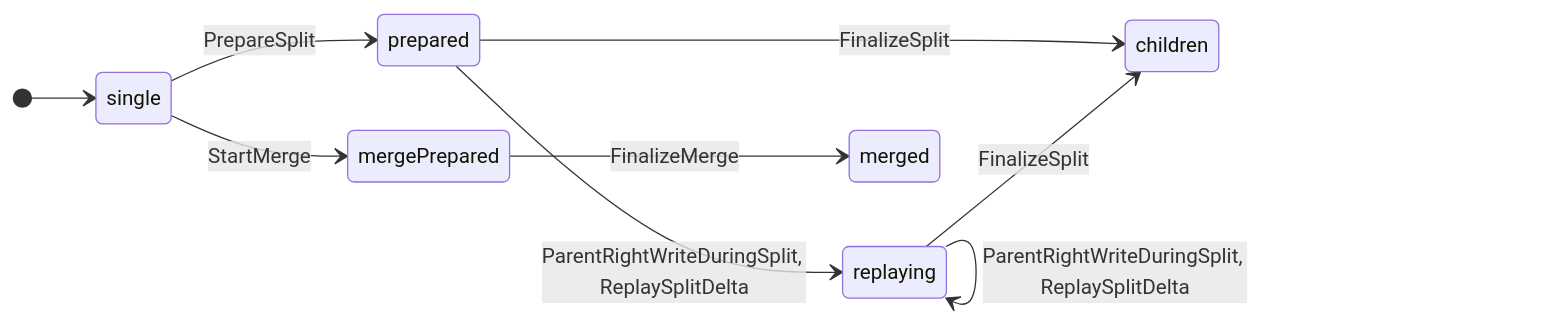
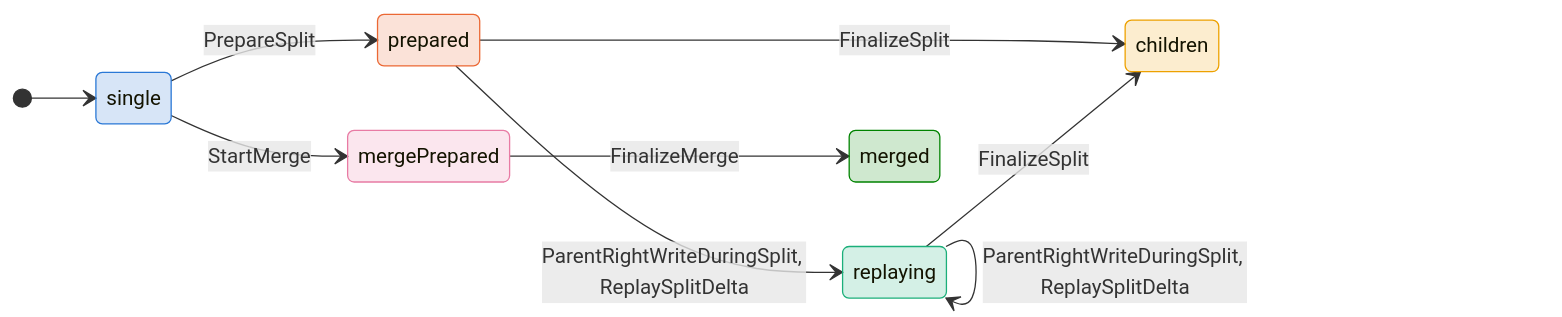
Before and after one commit to antflydb/antfly: the first of 2 diagrams in zig/specs/tla/diagrams/storage/db/AntflyDbSplitVisibility.md, drawn with Mermaid. The commit also changed 27 other files, not shown here.

````diff
--- a/zig/specs/tla/diagrams/storage/db/AntflyDbSplitVisibility.md
+++ b/zig/specs/tla/diagrams/storage/db/AntflyDbSplitVisibility.md
@@ -13,12 +13,24 @@
 ```mermaid
 stateDiagram-v2
     direction LR
     [*] --> single
     single --> prepared : PrepareSplit
     prepared --> replaying : ParentRightWriteDuringSplit, ReplaySplitDelta
     replaying --> replaying : ParentRightWriteDuringSplit, ReplaySplitDelta
     prepared --> children : FinalizeSplit
     replaying --> children : FinalizeSplit
     single --> mergePrepared : StartMerge
     mergePrepared --> merged : FinalizeMerge
+    classDef c_single fill:#2a78d630,stroke:#2a78d6
+    class single c_single
+    classDef c_prepared fill:#eb683430,stroke:#eb6834
+    class prepared c_prepared
+    classDef c_replaying fill:#1baf7a30,stroke:#1baf7a
+    class replaying c_replaying
+    classDef c_children fill:#eda10030,stroke:#eda100
+    class children c_children
+    classDef c_mergePrepared fill:#e87ba430,stroke:#e87ba4
+    class mergePrepared c_mergePrepared
+    classDef c_merged fill:#00830030,stroke:#008300
+    class merged c_merged
 ```
````
